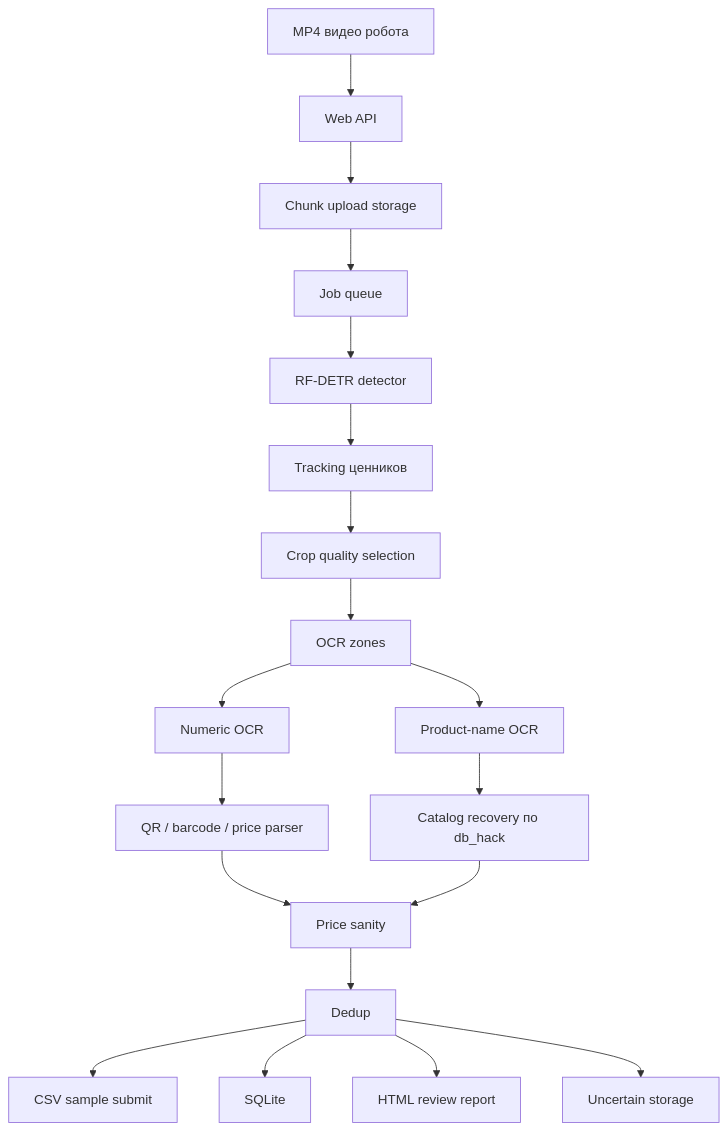
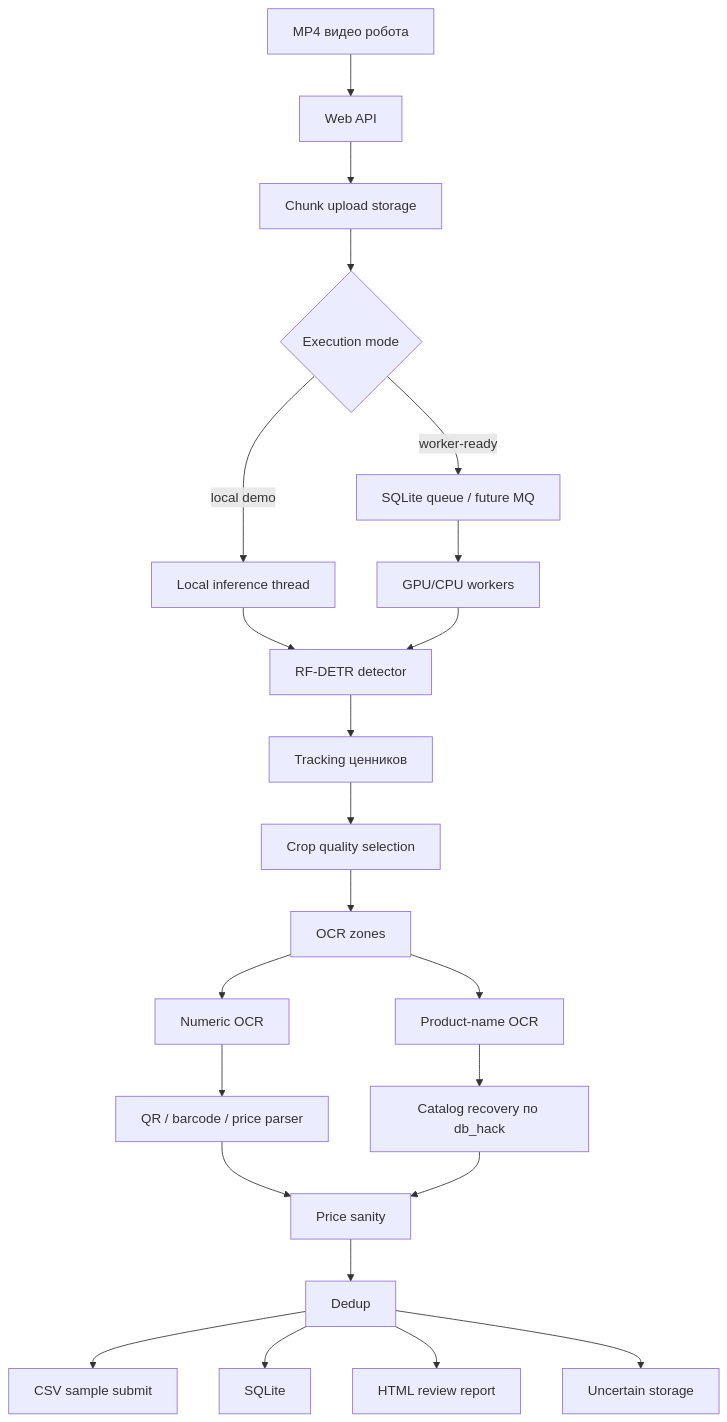
One commit to R2NN/projecthack changed the diagram in README.md. Above: the diagram before and after it, drawn with Mermaid. The commit also changed other lines of this file and 7 other files, not shown here.

Commit message:
Добавить worker-ready очередь обработки

````diff
--- a/README.md
+++ b/README.md
@@ -40,21 +41,25 @@
 ```mermaid
 flowchart TD
     A[MP4 видео робота] --> B[Web API]
     B --> C[Chunk upload storage]
-    C --> D[Job queue]
-    D --> E[RF-DETR detector]
-    E --> F[Tracking ценников]
+    C --> D{Execution mode}
+    D -->|local demo| E[Local inference thread]
+    D -->|worker-ready| W[SQLite queue / future MQ]
+    W --> X[GPU/CPU workers]
+    E --> Y[RF-DETR detector]
+    X --> Y
+    Y --> F[Tracking ценников]
     F --> G[Crop quality selection]
     G --> H[OCR zones]
     H --> I[Numeric OCR]
     H --> J[Product-name OCR]
     I --> K[QR / barcode / price parser]
     J --> L[Catalog recovery по db_hack]
     K --> M[Price sanity]
     L --> M
     M --> N[Dedup]
     N --> O[CSV sample submit]
     N --> P[SQLite]
     N --> Q[HTML review report]
     N --> R[Uncertain storage]
 ```
````
